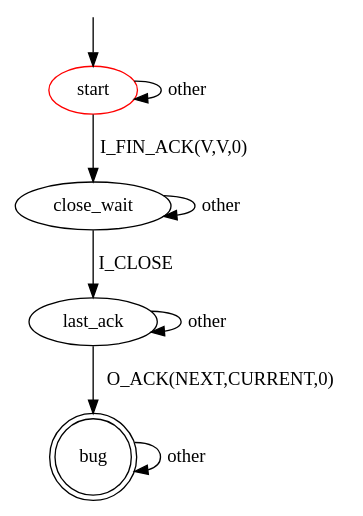
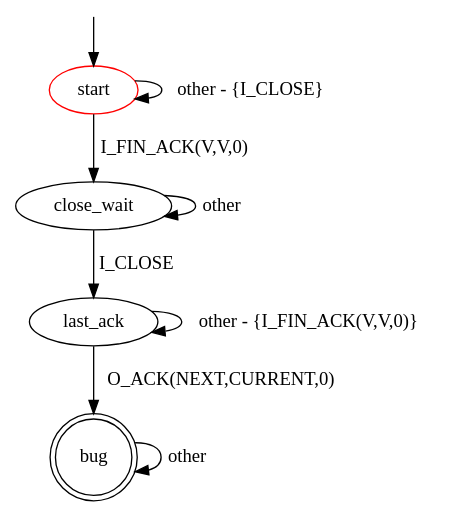
One commit to assist-project/state-machine-bug-finder changed the diagram in src/main/resources/patterns/tcp/invalid_response_to_synack_last_ack.dot. Above: the diagram before and after it, drawn with Graphviz. The commit also changed 6 other files, not shown here.

```diff
--- a/src/main/resources/patterns/tcp/invalid_response_to_synack_last_ack.dot
+++ b/src/main/resources/patterns/tcp/invalid_response_to_synack_last_ack.dot
@@ -1,17 +1,17 @@
 digraph G {
 label=""
 start [color="red"]
 bug [shape="doublecircle"]
 
-start -> start [label="other"]
+start -> start [label="other - {I_CLOSE}"]
 start -> close_wait [label="I_FIN_ACK(V,V,0)"]
 close_wait -> close_wait [label="other"]
 close_wait -> last_ack [label="I_CLOSE"]
-last_ack -> last_ack [label="other"]
+last_ack -> last_ack [label="other - {I_FIN_ACK(V,V,0)}"]
 last_ack -> bug [label="O_ACK(NEXT,CURRENT,0)"]
 
 bug -> bug [label="other"]
 
 __start0 [label="" shape="none" width="0" height="0"];
 __start0 -> start;
 }
```
